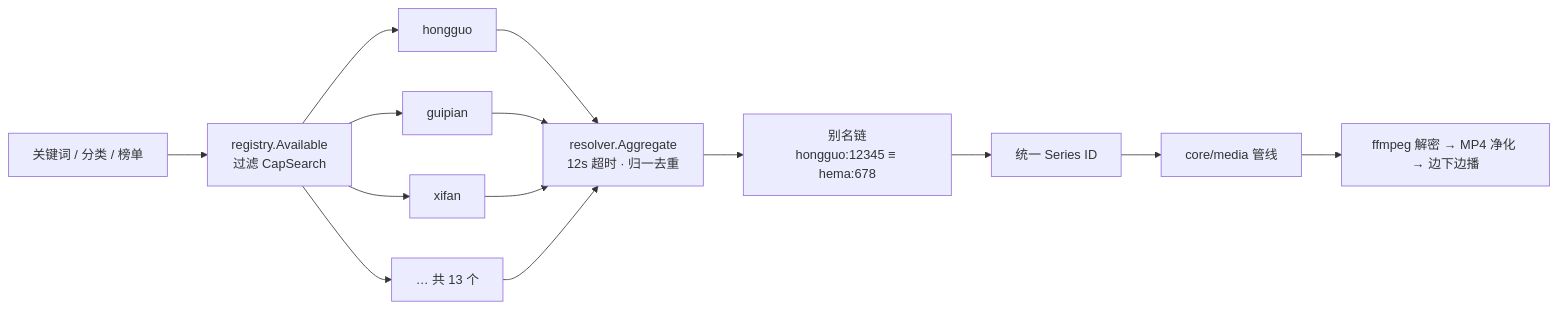
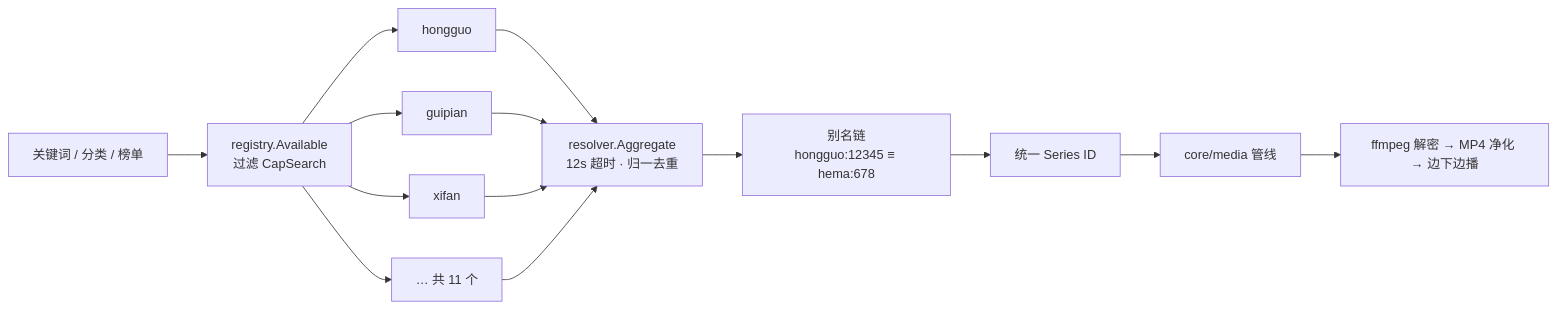
Before and after one commit to dawei233/hongguo-next: the third of 4 diagrams in docs/ARCHITECTURE.md, drawn with Mermaid. The commit also changed other lines of this file and 12 other files, not shown here.

````diff
--- a/docs/ARCHITECTURE.md
+++ b/docs/ARCHITECTURE.md
@@ -758,13 +762,13 @@
 ```mermaid
 flowchart LR
     Q["关键词 / 分类 / 榜单"] --> R["registry.Available<br/>过滤 CapSearch"]
     R --> P1["hongguo"]
     R --> P2["guipian"]
     R --> P3["xifan"]
-    R --> Pn["… 共 13 个"]
+    R --> Pn["… 共 11 个"]
     P1 & P2 & P3 & Pn --> AG["resolver.Aggregate<br/>12s 超时 · 归一去重"]
     AG --> AL["别名链<br/>hongguo:12345 ≡ hema:678"]
     AL --> U["统一 Series ID"]
     U --> M["core/media 管线"]
     M --> F["ffmpeg 解密 → MP4 净化 → 边下边播"]
 ```
````
